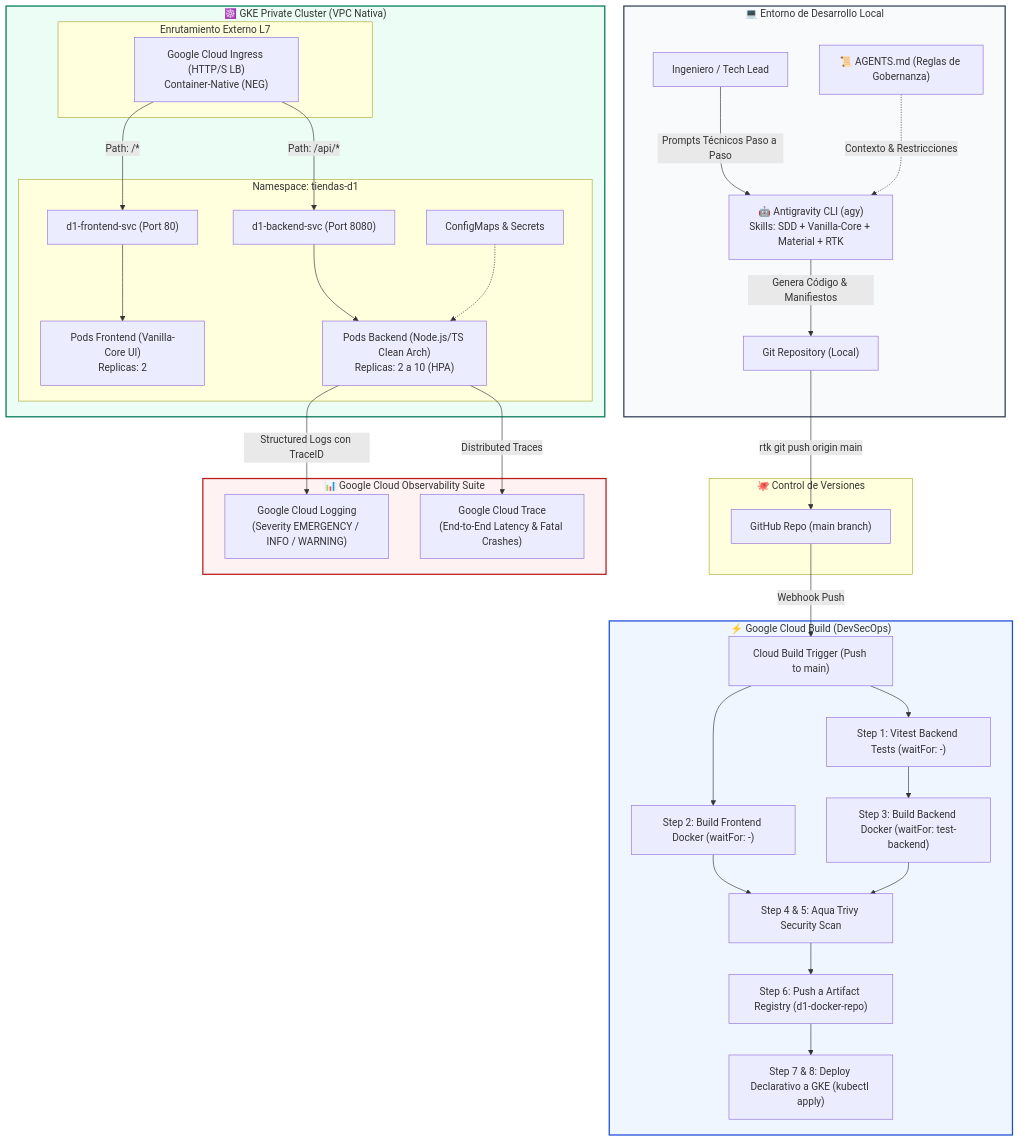
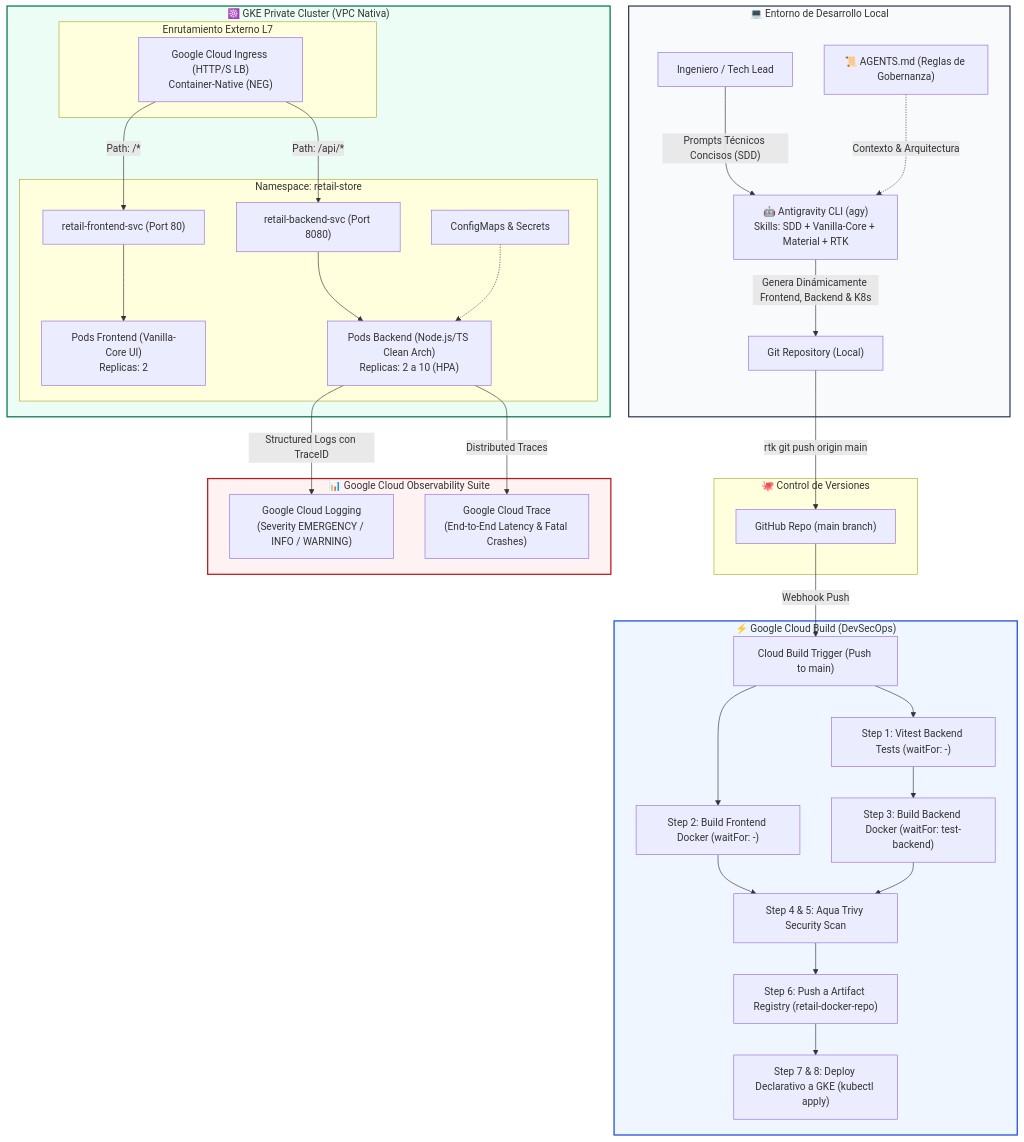
The diagram in workshop.md (develasquez/full-stack-engineer), drawn with Mermaid before and after one commit. The commit also changed other lines of this file and 57 other files, not shown here.

Commit message:
feat: reestructuracion completa a Retail Enterprise, ciclos SDD concisos y eliminacion de artefactos dinamicos

````diff
--- a/workshop.md
+++ b/workshop.md
@@ -14,71 +14,71 @@
 ```mermaid
 flowchart TD
     subgraph Local["💻 Entorno de Desarrollo Local"]
         Dev["Ingeniero / Tech Lead"]
         AGENTS_MD["📜 AGENTS.md (Reglas de Gobernanza)"]
         AGY["🤖 Antigravity CLI (agy)<br/>Skills: SDD + Vanilla-Core + Material + RTK"]
         GitRepo["Git Repository (Local)"]
         
-        Dev -->|"Prompts Técnicos Paso a Paso"| AGY
-        AGENTS_MD -.->|"Contexto & Restricciones"| AGY
-        AGY -->|"Genera Código & Manifiestos"| GitRepo
+        Dev -->|"Prompts Técnicos Concisos (SDD)"| AGY
+        AGENTS_MD -.->|"Contexto & Arquitectura"| AGY
+        AGY -->|"Genera Dinámicamente Frontend, Backend & K8s"| GitRepo
     end
 
     subgraph GitHub["🐙 Control de Versiones"]
         RemoteGit["GitHub Repo (main branch)"]
         GitRepo -->|"rtk git push origin main"| RemoteGit
     end
 
     subgraph GCP_CI_CD["⚡ Google Cloud Build (DevSecOps)"]
         Trigger["Cloud Build Trigger (Push to main)"]
         TestStep["Step 1: Vitest Backend Tests (waitFor: -)"]
         BuildFront["Step 2: Build Frontend Docker (waitFor: -)"]
         BuildBack["Step 3: Build Backend Docker (waitFor: test-backend)"]
         TrivyStep["Step 4 & 5: Aqua Trivy Security Scan"]
-        PushStep["Step 6: Push a Artifact Registry (d1-docker-repo)"]
+        PushStep["Step 6: Push a Artifact Registry (retail-docker-repo)"]
         DeployStep["Step 7 & 8: Deploy Declarativo a GKE (kubectl apply)"]
         
         RemoteGit -->|"Webhook Push"| Trigger
         Trigger --> TestStep
         Trigger --> BuildFront
         TestStep --> BuildBack
         BuildFront --> TrivyStep
         BuildBack --> TrivyStep
         TrivyStep --> PushStep
         PushStep --> DeployStep
     end
 
     subgraph GCP_Runtime["☸️ GKE Private Cluster (VPC Nativa)"]
         subgraph IngressLayer["Enrutamiento Externo L7"]
             GKE_Ingress["Google Cloud Ingress (HTTP/S LB)<br/>Container-Native (NEG)"]
         end
         
-        subgraph Namespace["Namespace: tiendas-d1"]
-            FrontendSvc["d1-frontend-svc (Port 80)"]
-            BackendSvc["d1-backend-svc (Port 8080)"]
+        subgraph Namespace["Namespace: retail-store"]
+            FrontendSvc["retail-frontend-svc (Port 80)"]
+            BackendSvc["retail-backend-svc (Port 8080)"]
             
             FrontendPods["Pods Frontend (Vanilla-Core UI)<br/>Replicas: 2"]
             BackendPods["Pods Backend (Node.js/TS Clean Arch)<br/>Replicas: 2 a 10 (HPA)"]
             
             ConfigSecrets["ConfigMaps & Secrets"]
         end
 
         GKE_Ingress -->|"Path: /*"| FrontendSvc
         GKE_Ingress -->|"Path: /api/*"| BackendSvc
         FrontendSvc --> FrontendPods
         BackendSvc --> BackendPods
         ConfigSecrets -.-> BackendPods
     end
 
     subgraph GCP_Observability["📊 Google Cloud Observability Suite"]
         CloudLogging["Google Cloud Logging<br/>(Severity EMERGENCY / INFO / WARNING)"]
         CloudTrace["Google Cloud Trace<br/>(End-to-End Latency & Fatal Crashes)"]
         BackendPods -->|"Structured Logs con TraceID"| CloudLogging
         BackendPods -->|"Distributed Traces"| CloudTrace
     end
 
     style Local fill:#f8fafc,stroke:#334155,stroke-width:2px
     style GCP_CI_CD fill:#eff6ff,stroke:#1d4ed8,stroke-width:2px
     style GCP_Runtime fill:#ecfdf5,stroke:#047857,stroke-width:2px
     style GCP_Observability fill:#fef2f2,stroke:#b91c1c,stroke-width:2px
 ```
````
